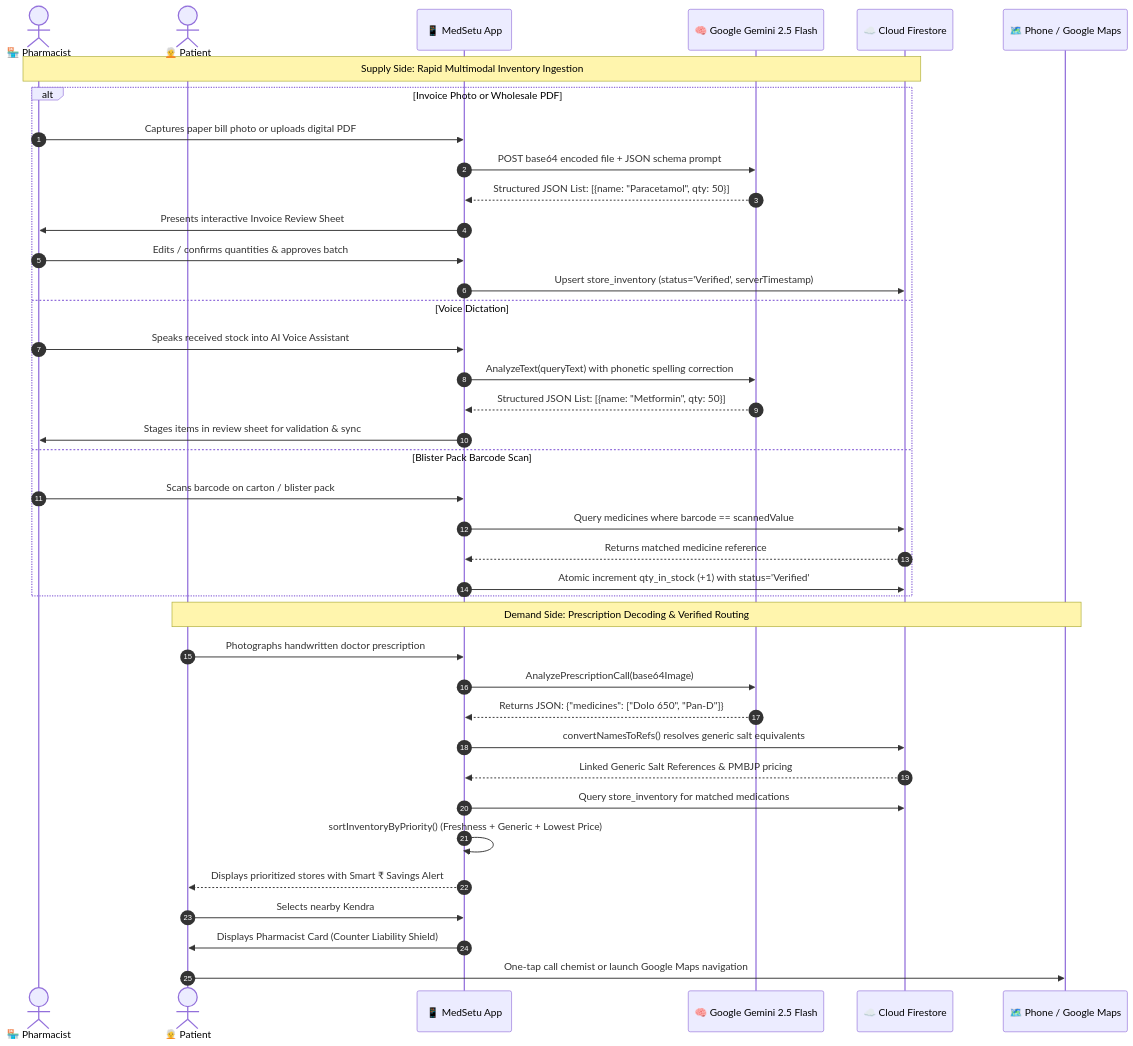
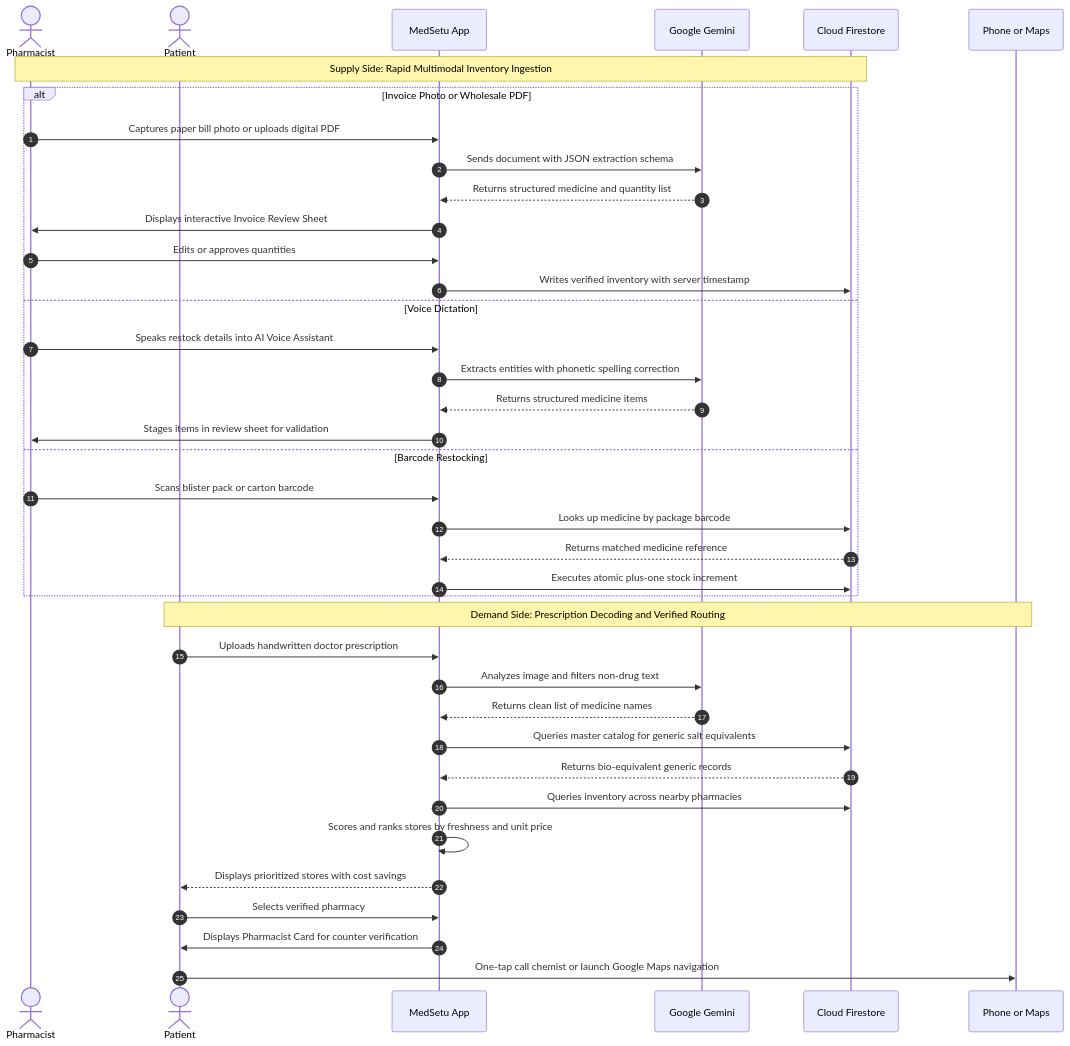
Before and after one commit to Parth-Chavan-15/MedSetu-TechSprint: the second of 3 diagrams in README.md, drawn with Mermaid. The commit also changed other lines of this file, not shown here.

Commit message:
docs: perfect README text, fix GitHub Mermaid rendering, generalize data model, and streamline quick start

````diff
--- a/README.md
+++ b/README.md
@@ -163,43 +163,43 @@
 ```mermaid
 sequenceDiagram
     autonumber
-    actor Chemist as 🏪 Pharmacist
-    actor Patient as 🧑‍🦳 Patient
-    participant App as 📱 MedSetu App
-    participant Gemini as 🧠 Google Gemini 2.5 Flash
-    participant Firestore as ☁️ Cloud Firestore
-    participant External as 🗺️ Phone / Google Maps
+    actor Chemist as Pharmacist
+    actor Patient as Patient
+    participant App as MedSetu App
+    participant Gemini as Google Gemini
+    participant Firestore as Cloud Firestore
+    participant Maps as Phone or Maps
 
     Note over Chemist, Firestore: Supply Side: Rapid Multimodal Inventory Ingestion
     alt Invoice Photo or Wholesale PDF
         Chemist->>App: Captures paper bill photo or uploads digital PDF
-        App->>Gemini: POST base64 encoded file + JSON schema prompt
-        Gemini-->>App: Structured JSON List: [{name: "Paracetamol", qty: 50}]
-        App->>Chemist: Presents interactive Invoice Review Sheet
-        Chemist->>App: Edits / confirms quantities & approves batch
-        App->>Firestore: Upsert store_inventory (status='Verified', serverTimestamp)
+        App->>Gemini: Sends document with JSON extraction schema
+        Gemini-->>App: Returns structured medicine and quantity list
+        App->>Chemist: Displays interactive Invoice Review Sheet
+        Chemist->>App: Edits or approves quantities
+        App->>Firestore: Writes verified inventory with server timestamp
     else Voice Dictation
-        Chemist->>App: Speaks received stock into AI Voice Assistant
-        App->>Gemini: AnalyzeText(queryText) with phonetic spelling correction
-        Gemini-->>App: Structured JSON List: [{name: "Metformin", qty: 50}]
-        App->>Chemist: Stages items in review sheet for validation & sync
-    else Blister Pack Barcode Scan
-        Chemist->>App: Scans barcode on carton / blister pack
-        App->>Firestore: Query medicines where barcode == scannedValue
+        Chemist->>App: Speaks restock details into AI Voice Assistant
+        App->>Gemini: Extracts entities with phonetic spelling correction
+        Gemini-->>App: Returns structured medicine items
+        App->>Chemist: Stages items in review sheet for validation
+    else Barcode Restocking
+        Chemist->>App: Scans blister pack or carton barcode
+        App->>Firestore: Looks up medicine by package barcode
         Firestore-->>App: Returns matched medicine reference
-        App->>Firestore: Atomic increment qty_in_stock (+1) with status='Verified'
+        App->>Firestore: Executes atomic plus-one stock increment
     end
 
-    Note over Patient, External: Demand Side: Prescription Decoding & Verified Routing
-    Patient->>App: Photographs handwritten doctor prescription
-    App->>Gemini: AnalyzePrescriptionCall(base64Image)
-    Gemini-->>App: Returns JSON: {"medicines": ["Dolo 650", "Pan-D"]}
-    App->>Firestore: convertNamesToRefs() resolves generic salt equivalents
-    Firestore-->>App: Linked Generic Salt References & PMBJP pricing
-    App->>Firestore: Query store_inventory for matched medications
-    App->>App: sortInventoryByPriority() (Freshness + Generic + Lowest Price)
-    App-->>Patient: Displays prioritized stores with Smart ₹ Savings Alert
-    Patient->>App: Selects nearby Kendra
-    App->>Patient: Displays Pharmacist Card (Counter Liability Shield)
-    Patient->>External: One-tap call chemist or launch Google Maps navigation
+    Note over Patient, Maps: Demand Side: Prescription Decoding and Verified Routing
+    Patient->>App: Uploads handwritten doctor prescription
+    App->>Gemini: Analyzes image and filters non-drug text
+    Gemini-->>App: Returns clean list of medicine names
+    App->>Firestore: Queries master catalog for generic salt equivalents
+    Firestore-->>App: Returns bio-equivalent generic records
+    App->>Firestore: Queries inventory across nearby pharmacies
+    App->>App: Scores and ranks stores by freshness and unit price
+    App-->>Patient: Displays prioritized stores with cost savings
+    Patient->>App: Selects verified pharmacy
+    App->>Patient: Displays Pharmacist Card for counter verification
+    Patient->>Maps: One-tap call chemist or launch Google Maps navigation
 ```
````
